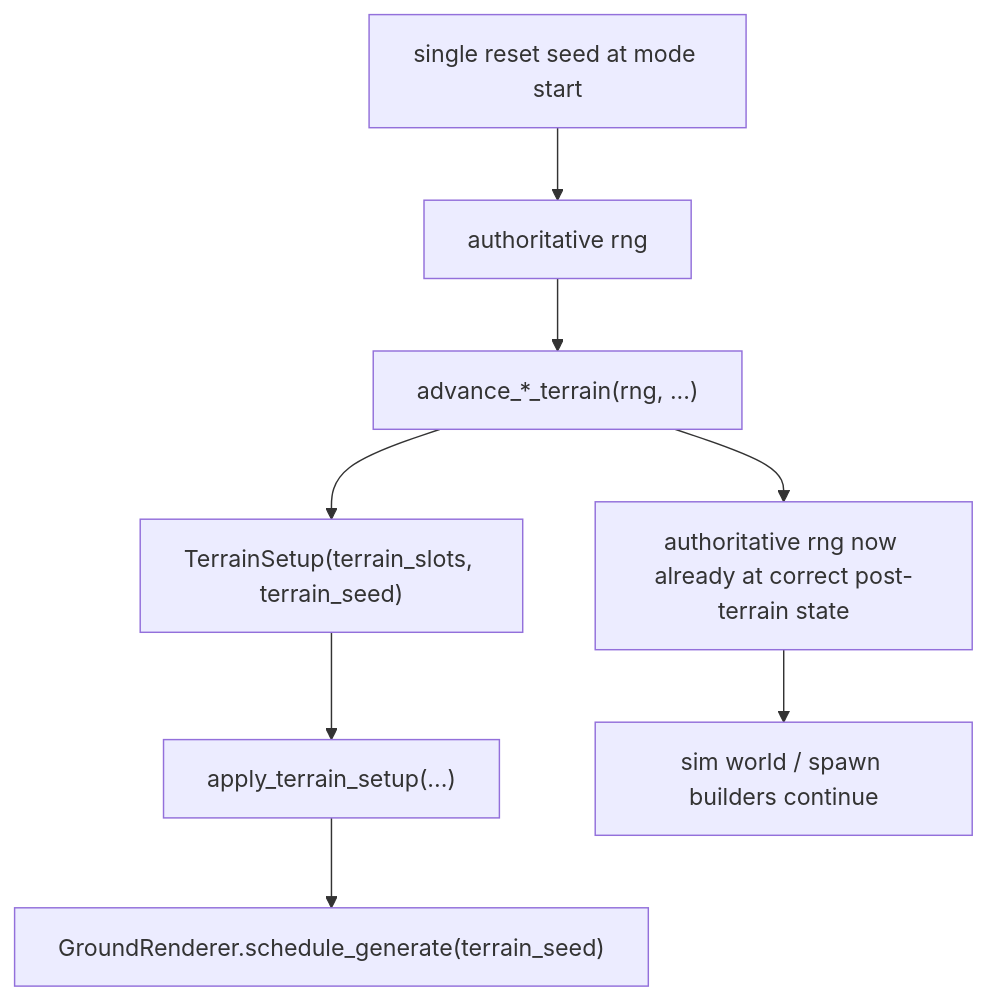
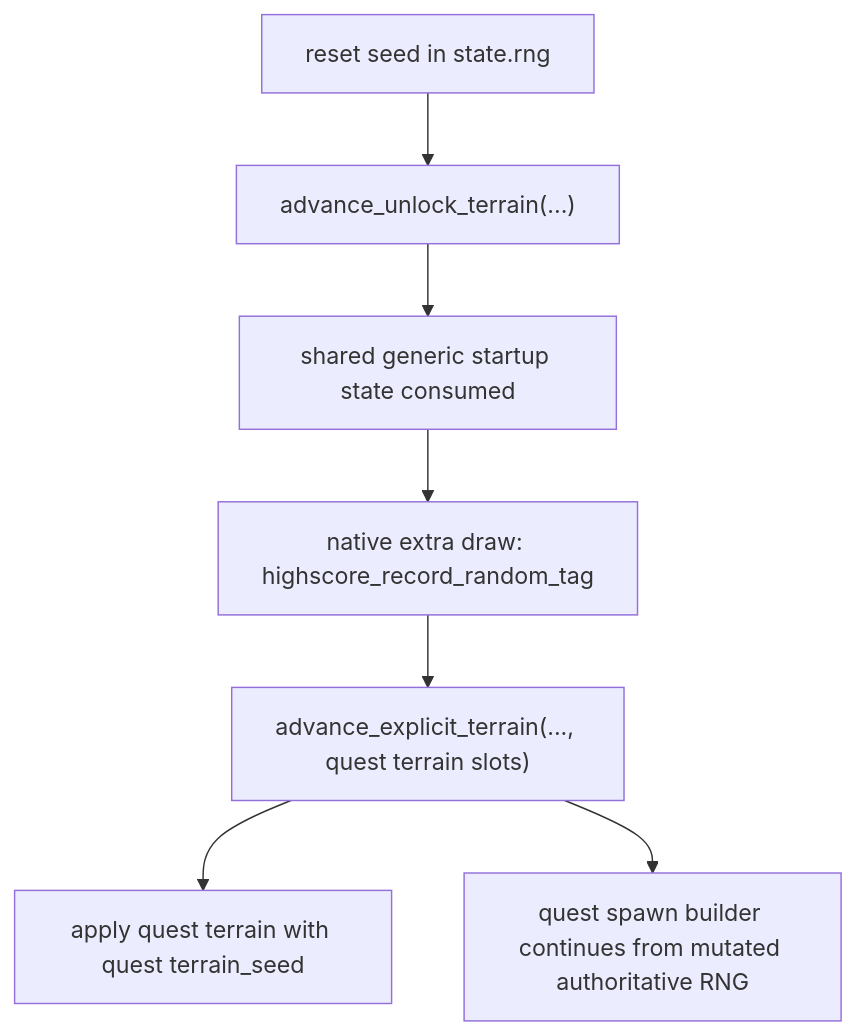
Before and after one commit to banteg/crimson: the third of 3 diagrams in docs/rewrite/terrain-seed-architecture.md, drawn with Mermaid. The commit also changed other lines of this file and 23 other files, not shown here.

Commit message:
refactor: cut over terrain seed startup boundary

````diff
--- a/docs/rewrite/terrain-seed-architecture.md
+++ b/docs/rewrite/terrain-seed-architecture.md
@@ -411,10 +121,9 @@
 ```mermaid
 flowchart TD
-    A["single reset seed at mode start"] --> B["authoritative rng"]
-    B --> C["advance_*_terrain(rng, ...)"]
-    C --> D["TerrainSetup(terrain_slots, terrain_seed)"]
-    D --> E["apply_terrain_setup(...)"]
-    E --> F["GroundRenderer.schedule_generate(terrain_seed)"]
-    C --> G["authoritative rng now already at correct post-terrain state"]
-    G --> H["sim world / spawn builders continue"]
+    A["reset seed in state.rng"] --> B["advance_unlock_terrain(...)"]
+    B --> C["shared generic startup state consumed"]
+    C --> D["native extra draw: highscore_record_random_tag"]
+    D --> E["advance_explicit_terrain(..., quest terrain slots)"]
+    E --> F["apply quest terrain with quest terrain_seed"]
+    E --> G["quest spawn builder continues from mutated authoritative RNG"]
 ```
````
